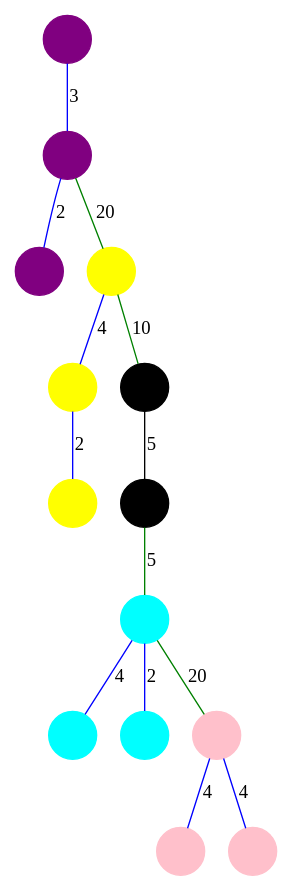
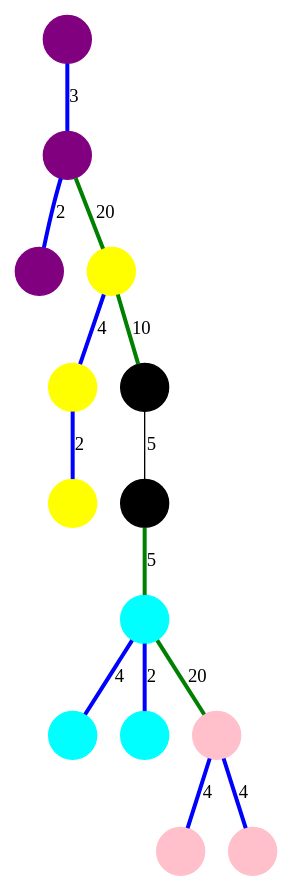
Before and after one commit to sgolodetz/thesis: the diagram in segmentation/graphs/marcowaterfall/propagation-d.gv, drawn with Graphviz. The commit also changed 13 other files, not shown here.

```diff
--- a/segmentation/graphs/marcowaterfall/propagation-d.gv
+++ b/segmentation/graphs/marcowaterfall/propagation-d.gv
@@ -1,33 +1,33 @@
 digraph
 {
 	compound = true;
 	node [shape=circle, style=filled, color=black, label=""];
 	edge [dir=both, arrowtail=none, arrowhead=none];
 
-	n0 -> n1 [label=3, color=blue];
-	n1 -> n2 [label=2, color=blue];
-	n1 -> n3 [label=20, color=green];
-	n3 -> n4 [label=4, color=blue];
-	n3 -> n5 [label=10, color=green];
-	n4 -> n6 [label=2, color=blue];
+	n0 -> n1 [label=3, color=blue, penwidth=3];
+	n1 -> n2 [label=2, color=blue, penwidth=3];
+	n1 -> n3 [label=20, color=green, penwidth=3];
+	n3 -> n4 [label=4, color=blue, penwidth=3];
+	n3 -> n5 [label=10, color=green, penwidth=3];
+	n4 -> n6 [label=2, color=blue, penwidth=3];
 	n5 -> n7 [label=5];
-	n7 -> n8 [label=5, color=green];
-	n8 -> n9 [label=4, color=blue];
-	n8 -> n10 [label=2, color=blue];
-	n8 -> n11 [label=20, color=green];
-	n11 -> n12 [label=4, color=blue];
-	n11 -> n13 [label=4, color=blue];
+	n7 -> n8 [label=5, color=green, penwidth=3];
+	n8 -> n9 [label=4, color=blue, penwidth=3];
+	n8 -> n10 [label=2, color=blue, penwidth=3];
+	n8 -> n11 [label=20, color=green, penwidth=3];
+	n11 -> n12 [label=4, color=blue, penwidth=3];
+	n11 -> n13 [label=4, color=blue, penwidth=3];
 
 	n0 [color=purple];
 	n1 [color=purple];
 	n2 [color=purple];
 	n3 [color=yellow];
 	n4 [color=yellow];
 	n6 [color=yellow];
 	n8 [color=cyan];
 	n9 [color=cyan];
 	n10 [color=cyan];
 	n11 [color=pink];
 	n12 [color=pink];
 	n13 [color=pink];
 }
```
